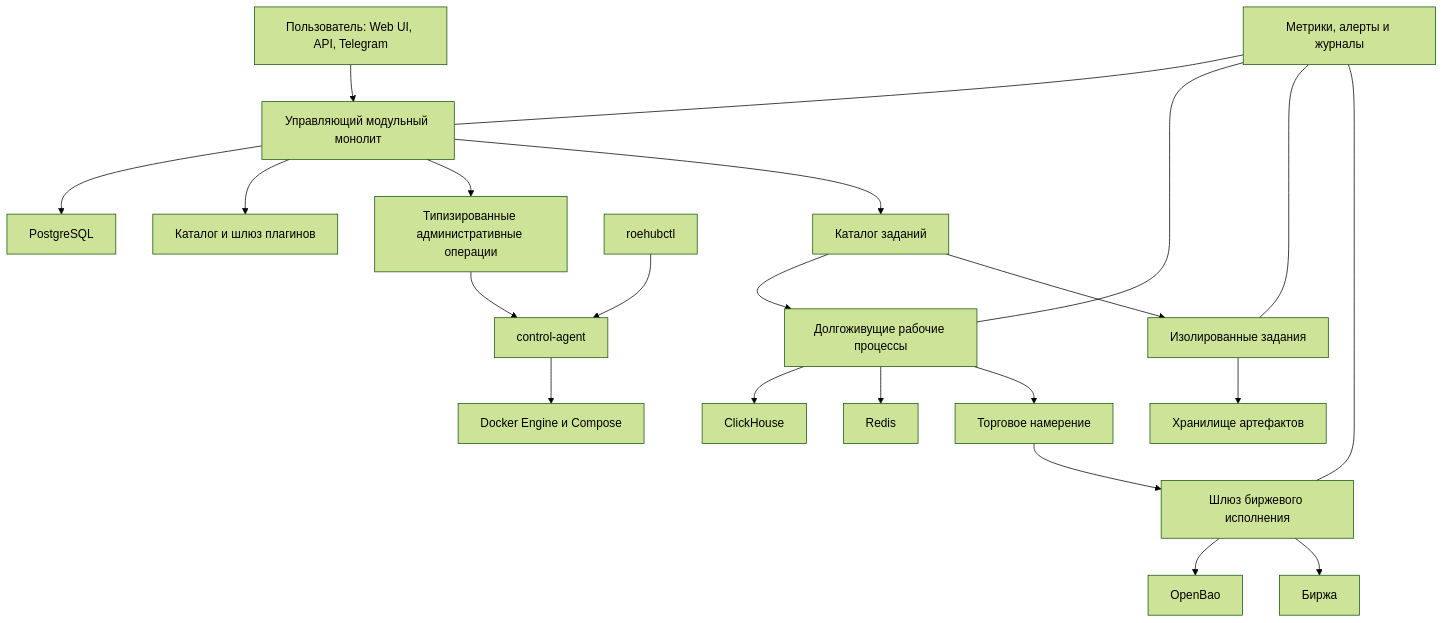
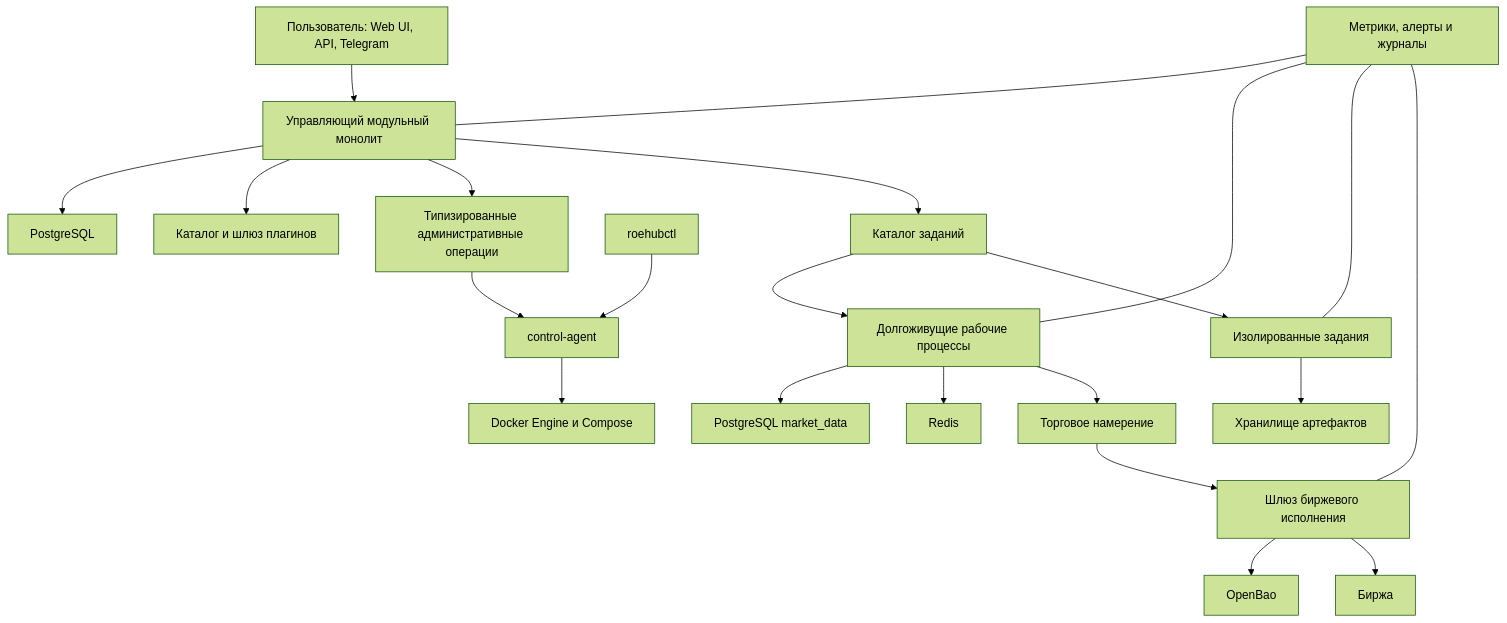
Before and after one commit to Dejetins/roehub.com: the diagram in docs/architecture/platform/roehub-self-hosted-oss-platform-v1.md, drawn with Mermaid (forest theme). The commit also changed other lines of this file and 1545 other files, not shown here.

Commit message:
feat: migrate storage to PostgreSQL and deliver platform updates

````diff
--- a/docs/architecture/platform/roehub-self-hosted-oss-platform-v1.md
+++ b/docs/architecture/platform/roehub-self-hosted-oss-platform-v1.md
@@ -473,27 +488,27 @@
 ```mermaid
 flowchart TB
     USER["Пользователь: Web UI, API, Telegram"] --> CONTROL["Управляющий модульный монолит"]
     CONTROL --> PG["PostgreSQL"]
     CONTROL --> EXT["Каталог и шлюз плагинов"]
     CONTROL --> OPS["Типизированные административные операции"]
     OPS --> AGENT["control-agent"]
     CLI["roehubctl"] --> AGENT
     AGENT --> ENGINE["Docker Engine и Compose"]
 
     CONTROL --> JOBS["Каталог заданий"]
     JOBS --> WORKERS["Долгоживущие рабочие процессы"]
     JOBS --> ISOLATED["Изолированные задания"]
-    WORKERS --> CH["ClickHouse"]
+    WORKERS --> PG_MARKET["PostgreSQL market_data"]
     WORKERS --> REDIS["Redis"]
     ISOLATED --> ART["Хранилище артефактов"]
 
     WORKERS --> INTENT["Торговое намерение"]
     INTENT --> EXEC["Шлюз биржевого исполнения"]
     EXEC --> BAO["OpenBao"]
     EXEC --> EXCHANGE["Биржа"]
 
     OBS["Метрики, алерты и журналы"] --- CONTROL
     OBS --- WORKERS
     OBS --- ISOLATED
     OBS --- EXEC
 ```
````
